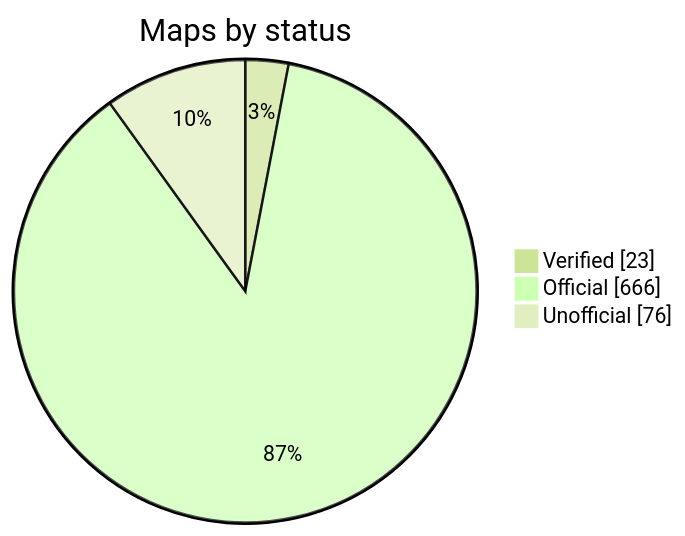
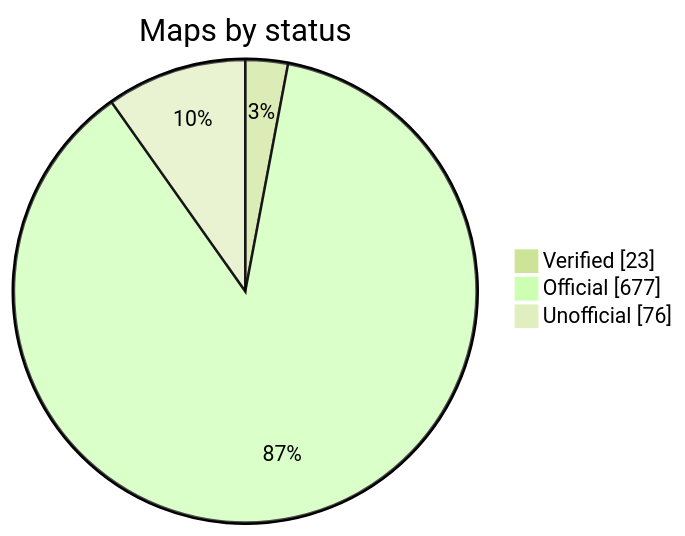
Before and after one commit to nobrega8/mbmap-library: the diagram in README.md, drawn with Mermaid (forest theme). The commit also changed 16 other files, not shown here.

````diff
--- a/README.md
+++ b/README.md
@@ -52,7 +52,7 @@
 ```mermaid
 pie showData
     title Maps by status
     "Verified" : 23
-    "Official" : 666
+    "Official" : 677
     "Unofficial" : 76
 ```
````
